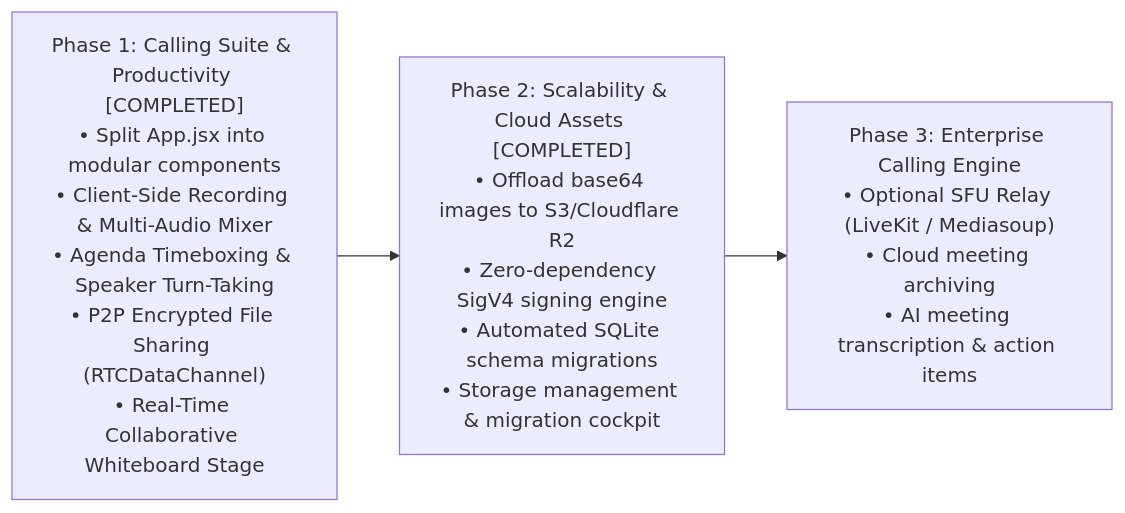
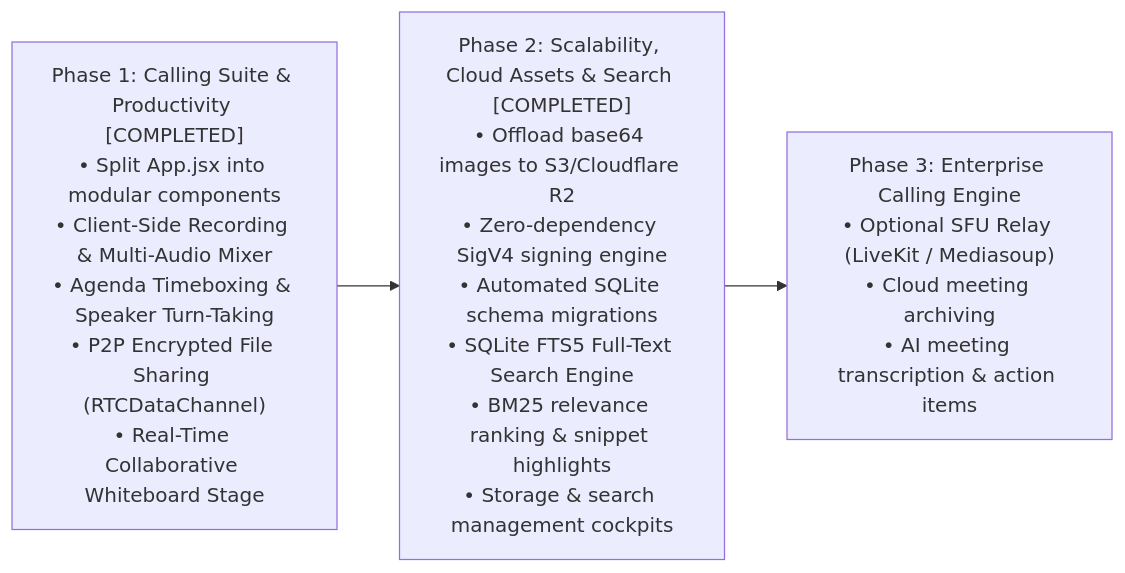
Diagram 14 of 14 in PROJECT_DOCUMENTATION.md (itssagarK/meetManager), drawn with Mermaid before and after one commit. The commit also changed other lines of this file and 8 other files, not shown here.

Commit message:
SQLite FTS5 Full-Text Search Engine across Notes & Chat

````diff
--- a/PROJECT_DOCUMENTATION.md
+++ b/PROJECT_DOCUMENTATION.md
@@ -1349,5 +1375,5 @@
 ```mermaid
 flowchart LR
-    Phase1["Phase 1: Calling Suite & Productivity [COMPLETED]\n• Split App.jsx into modular components\n• Client-Side Recording & Multi-Audio Mixer\n• Agenda Timeboxing & Speaker Turn-Taking\n• P2P Encrypted File Sharing (RTCDataChannel)\n• Real-Time Collaborative Whiteboard Stage"] --> Phase2["Phase 2: Scalability & Cloud Assets [COMPLETED]\n• Offload base64 images to S3/Cloudflare R2\n• Zero-dependency SigV4 signing engine\n• Automated SQLite schema migrations\n• Storage management & migration cockpit"]
+    Phase1["Phase 1: Calling Suite & Productivity [COMPLETED]\n• Split App.jsx into modular components\n• Client-Side Recording & Multi-Audio Mixer\n• Agenda Timeboxing & Speaker Turn-Taking\n• P2P Encrypted File Sharing (RTCDataChannel)\n• Real-Time Collaborative Whiteboard Stage"] --> Phase2["Phase 2: Scalability, Cloud Assets & Search [COMPLETED]\n• Offload base64 images to S3/Cloudflare R2\n• Zero-dependency SigV4 signing engine\n• Automated SQLite schema migrations\n• SQLite FTS5 Full-Text Search Engine\n• BM25 relevance ranking & snippet highlights\n• Storage & search management cockpits"]
     Phase2 --> Phase3["Phase 3: Enterprise Calling Engine\n• Optional SFU Relay (LiveKit / Mediasoup)\n• Cloud meeting archiving\n• AI meeting transcription & action items"]
 ```
````
